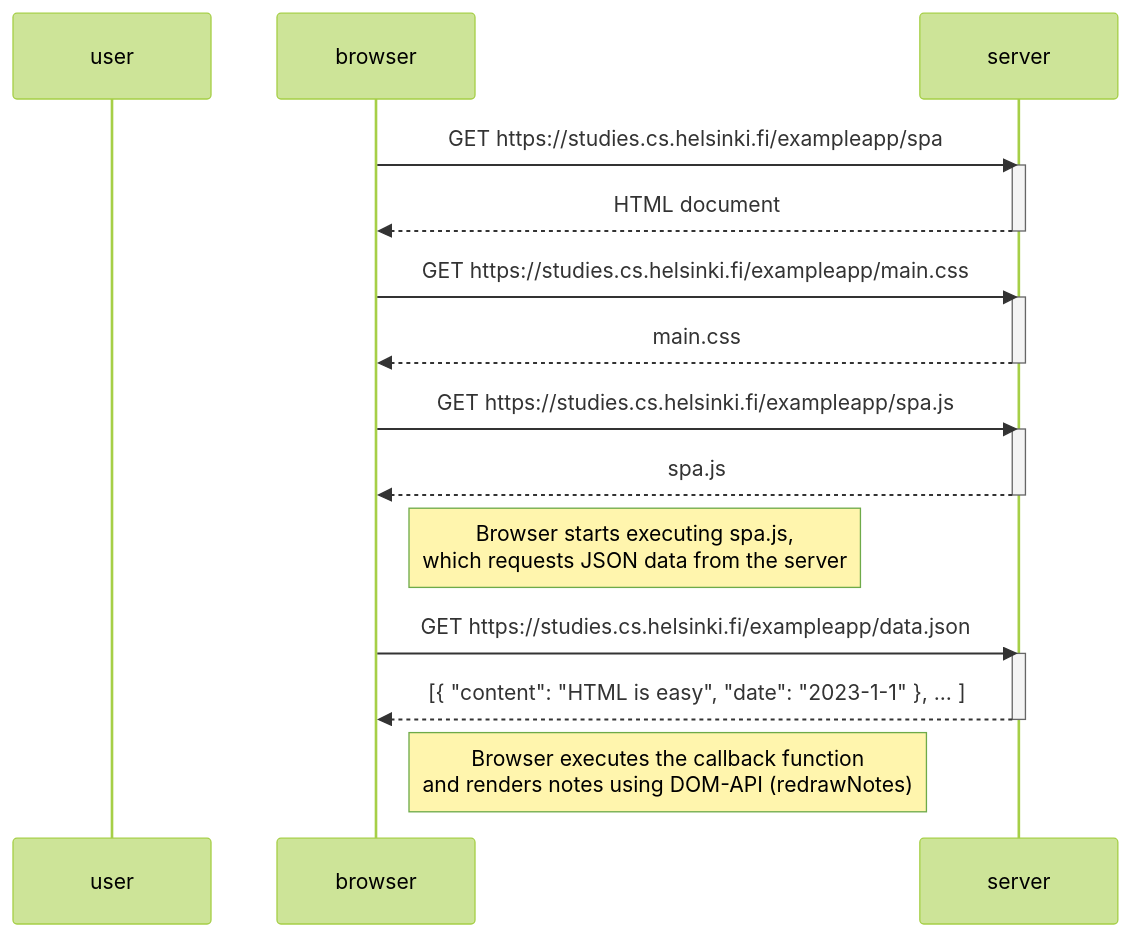
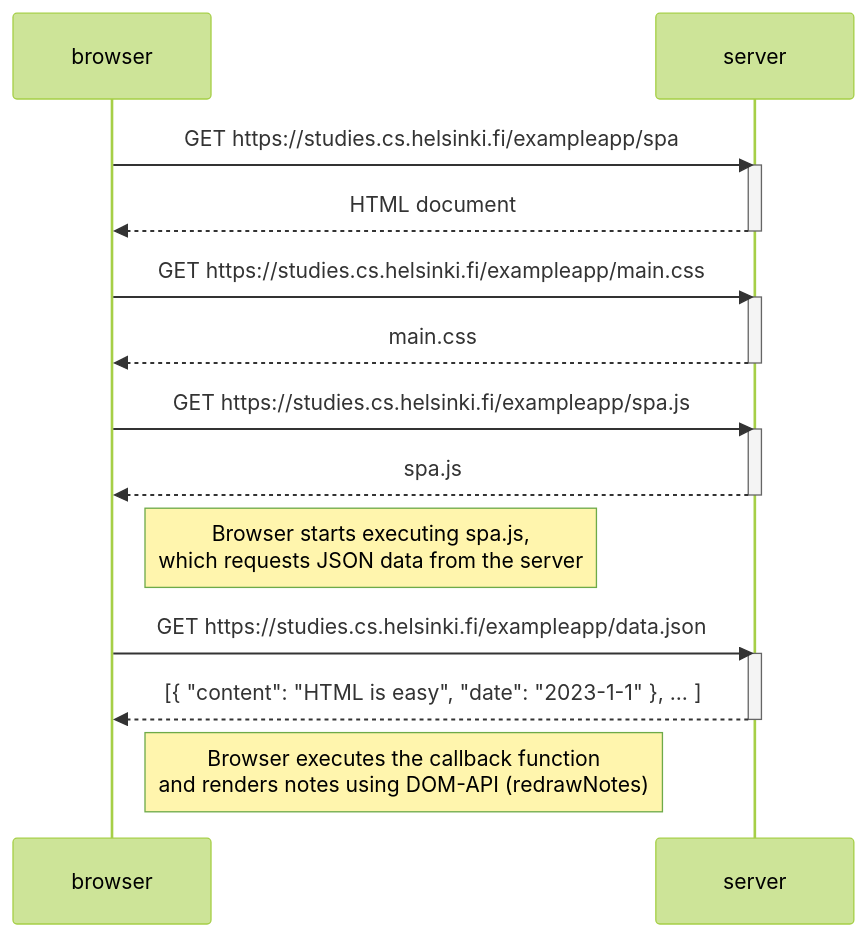
Before and after one commit to Naynawa/Full-Stack-Open: the diagram in part0/single_page_app.mmd, drawn with Mermaid (forest theme).

Commit message:
0.5 updates

```diff
--- a/part0/single_page_app.mmd
+++ b/part0/single_page_app.mmd
@@ -1,28 +1,28 @@
 sequenceDiagram
 
-    participant user
     participant browser
+    participant server
 
     browser->>server: GET https://studies.cs.helsinki.fi/exampleapp/spa
     activate server
     server-->>browser: HTML document
     deactivate server
 
     browser->>server: GET https://studies.cs.helsinki.fi/exampleapp/main.css
     activate server
     server-->>browser: main.css
     deactivate server
 
     browser->>server: GET https://studies.cs.helsinki.fi/exampleapp/spa.js
     activate server
     server-->>browser: spa.js
     deactivate server
 
     Note right of browser: Browser starts executing spa.js,<br/>which requests JSON data from the server
 
     browser->>server: GET https://studies.cs.helsinki.fi/exampleapp/data.json
     activate server
     server-->>browser: [{ "content": "HTML is easy", "date": "2023-1-1" }, ... ]
     deactivate server
 
     Note right of browser: Browser executes the callback function<br/>and renders notes using DOM-API (redrawNotes)
```
